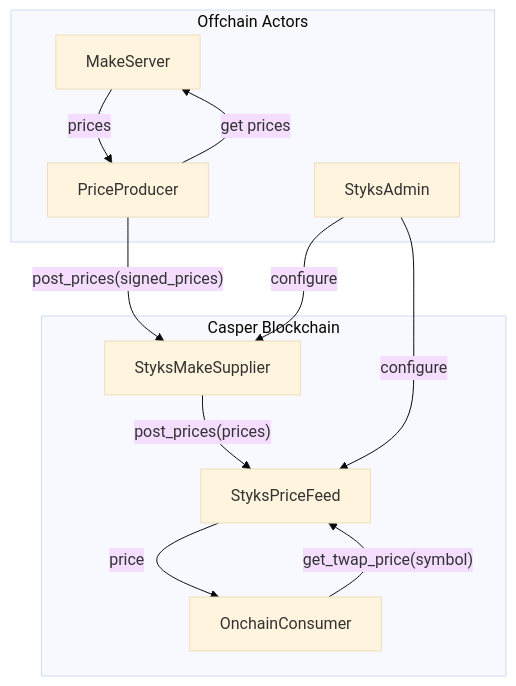
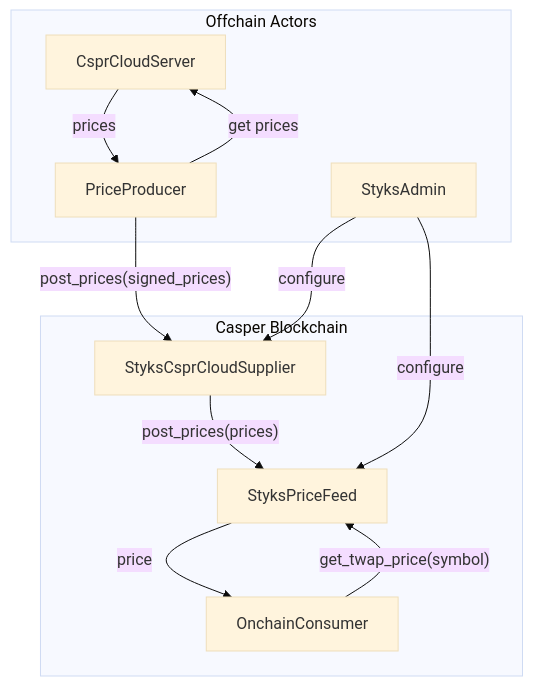
One commit to odradev/styks changed the first of 2 diagrams in README.md. Above: the diagram before and after it, drawn with Mermaid (base theme). The commit also changed other lines of this file and 1 other file, not shown here.

Commit message:
Update Make to CSPR.cloud

````diff
--- a/README.md
+++ b/README.md
@@ -85,30 +85,30 @@
 ```mermaid
 
 flowchart TB
 
     subgraph Offchain Actors
-      MakeServer
+      CsprCloudServer
       PriceProducer
       StyksAdmin
     end
 
     subgraph Casper Blockchain
       OnchainConsumer
-      StyksMakeSupplier
+      StyksCsprCloudSupplier
       StyksPriceFeed
     end
 
     %% Retrieve the latest price.
     OnchainConsumer -->|"get_twap_price(symbol)"| StyksPriceFeed
     StyksPriceFeed -->|price| OnchainConsumer
 
-    %% Bringing the price onchain using Make.
-    PriceProducer -->|"get prices"| MakeServer
-    MakeServer -->|"prices"| PriceProducer
-    PriceProducer -->|"post_prices(signed_prices)"| StyksMakeSupplier
-    StyksMakeSupplier -->|"post_prices(prices)"| StyksPriceFeed
+    %% Bringing the price onchain using CSPR.cloud.
+    PriceProducer -->|"get prices"| CsprCloudServer
+    CsprCloudServer -->|"prices"| PriceProducer
+    PriceProducer -->|"post_prices(signed_prices)"| StyksCsprCloudSupplier
+    StyksCsprCloudSupplier -->|"post_prices(prices)"| StyksPriceFeed
 
     %% Define price feeds.
     StyksAdmin -->|"configure"| StyksPriceFeed
-    StyksAdmin -->|"configure"| StyksMakeSupplier
+    StyksAdmin -->|"configure"| StyksCsprCloudSupplier
 ```
````
